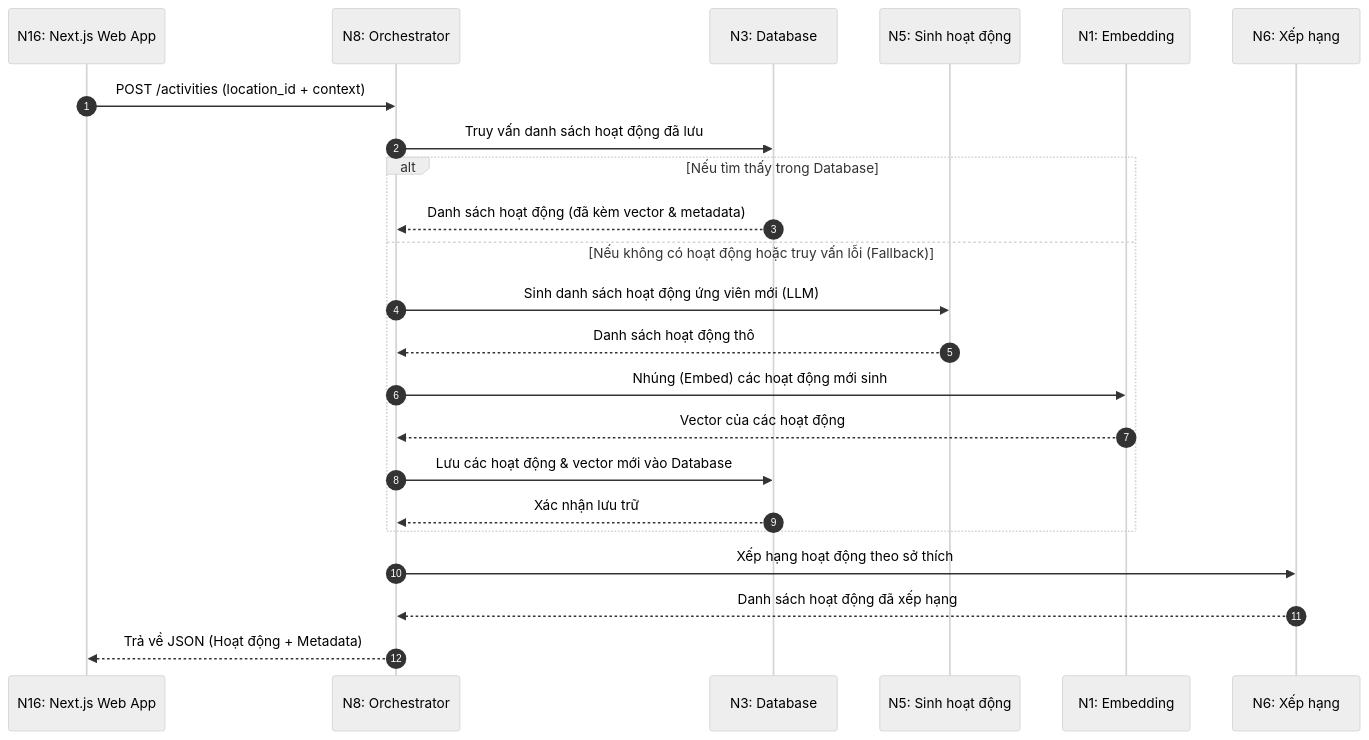
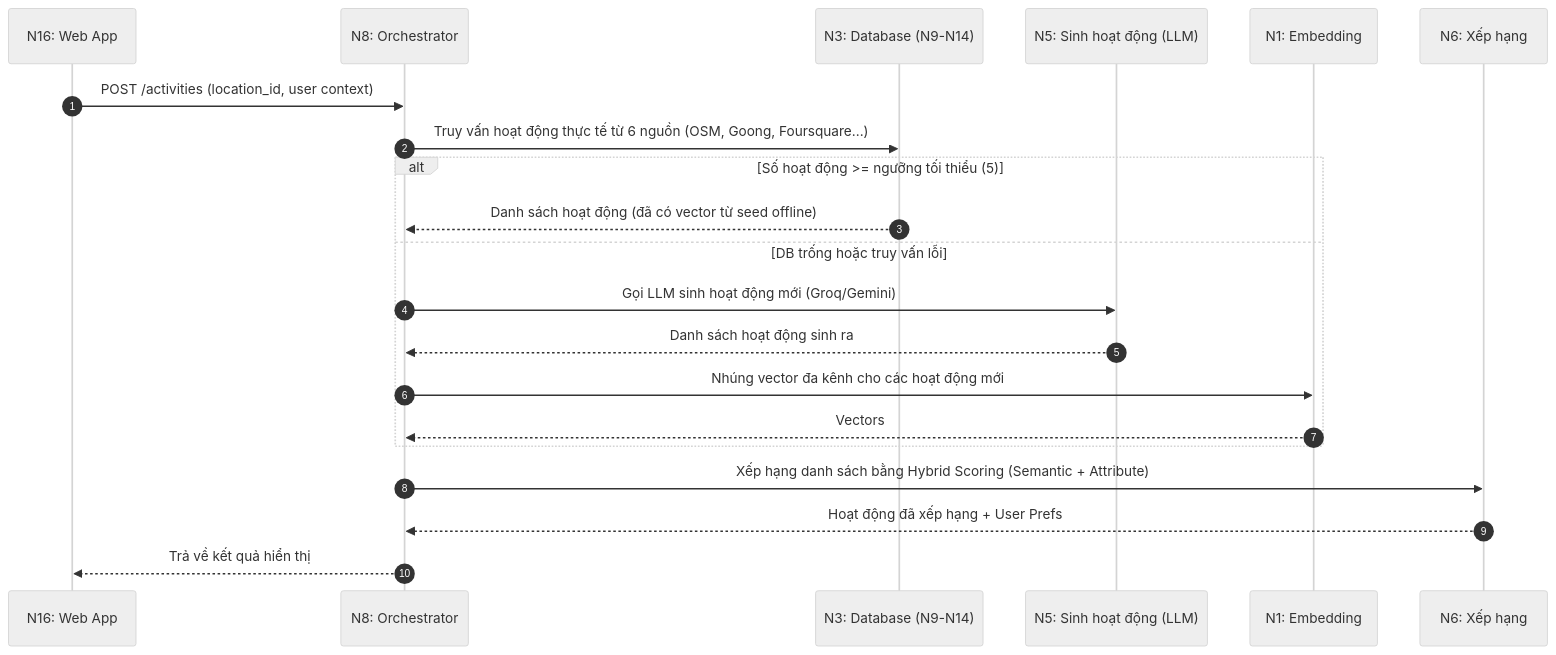
One commit to ltk6/travel-exp-planner changed the third of 6 diagrams in docs/modules/n8_orchestrator.md. Above: the diagram before and after it, drawn with Mermaid. The commit also changed other lines of this file and 52 other files, not shown here.

````diff
--- a/docs/modules/n8_orchestrator.md
+++ b/docs/modules/n8_orchestrator.md
@@ -231,27 +117,27 @@
 ```mermaid
-%%{init: { 'theme': 'neutral', 'themeVariables': { 'actorTextColor': '#000000', 'signalTextColor': '#000000', 'noteTextColor': '#000000' } }}%%
+%%{init: { 'theme': 'neutral' } }%%
 sequenceDiagram
     autonumber
-    participant N16 as N16: Next.js Web App
+    participant N16 as N16: Web App
     participant N8 as N8: Orchestrator
-    participant N3 as N3: Database
-    participant N5 as N5: Sinh hoạt động
+    participant N3 as N3: Database (N9-N14)
+    participant N5 as N5: Sinh hoạt động (LLM)
     participant N1 as N1: Embedding
     participant N6 as N6: Xếp hạng
 
-    N16->>N8: POST /activities (location_id + context)
-    N8->>N3: Truy vấn danh sách hoạt động đã lưu
-    alt Nếu tìm thấy trong Database
-        N3-->>N8: Danh sách hoạt động (đã kèm vector & metadata)
-    else Nếu không có hoạt động hoặc truy vấn lỗi (Fallback)
-        N8->>N5: Sinh danh sách hoạt động ứng viên mới (LLM)
-        N5-->>N8: Danh sách hoạt động thô
-        N8->>N1: Nhúng (Embed) các hoạt động mới sinh
-        N1-->>N8: Vector của các hoạt động
-        N8->>N3: Lưu các hoạt động & vector mới vào Database
-        N3-->>N8: Xác nhận lưu trữ
+    N16->>N8: POST /activities (location_id, user context)
+    N8->>N3: Truy vấn hoạt động thực tế từ 6 nguồn (OSM, Goong, Foursquare...)
+    
+    alt Số hoạt động >= ngưỡng tối thiểu (5)
+        N3-->>N8: Danh sách hoạt động (đã có vector từ seed offline)
+    else DB trống hoặc truy vấn lỗi
+        N8->>N5: Gọi LLM sinh hoạt động mới (Groq/Gemini)
+        N5-->>N8: Danh sách hoạt động sinh ra
+        N8->>N1: Nhúng vector đa kênh cho các hoạt động mới
+        N1-->>N8: Vectors
     end
-    N8->>N6: Xếp hạng hoạt động theo sở thích
-    N6-->>N8: Danh sách hoạt động đã xếp hạng
-    N8-->>N16: Trả về JSON (Hoạt động + Metadata)
+    
+    N8->>N6: Xếp hạng danh sách bằng Hybrid Scoring (Semantic + Attribute)
+    N6-->>N8: Hoạt động đã xếp hạng + User Prefs
+    N8-->>N16: Trả về kết quả hiển thị
 ```
````
